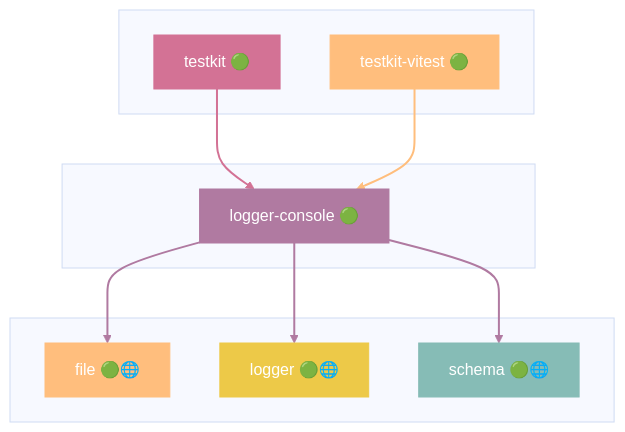
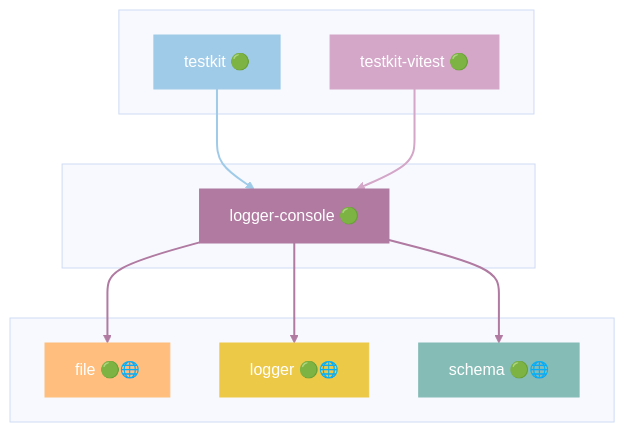
Diagram 26 of 41 in docs/DEPENDENCIES.md (grest-ts/grest-ts), drawn with Mermaid (base theme) before and after one commit. The commit also changed other lines of this file and 31 other files, not shown here.

````diff
--- a/docs/DEPENDENCIES.md
+++ b/docs/DEPENDENCIES.md
@@ -1305,31 +1307,31 @@
 ```mermaid
 flowchart TB
     subgraph Dependents[" "]
         testkit["testkit 🟢"]
         testkit-vitest["testkit-vitest 🟢"]
     end
     subgraph Package[" "]
         logger-console["logger-console 🟢"]
     end
     subgraph Dependencies[" "]
         file["file 🟢🌐"]
         logger["logger 🟢🌐"]
         schema["schema 🟢🌐"]
     end
     testkit --> logger-console
     testkit-vitest --> logger-console
     logger-console --> file
     logger-console --> logger
     logger-console --> schema
     style logger-console fill:#B07AA1,stroke:#B07AA1,color:#fff
-    style testkit fill:#D37295,stroke:#D37295,color:#fff
-    style testkit-vitest fill:#FFBE7D,stroke:#FFBE7D,color:#fff
+    style testkit fill:#A0CBE8,stroke:#A0CBE8,color:#fff
+    style testkit-vitest fill:#D4A6C8,stroke:#D4A6C8,color:#fff
     style file fill:#FFBE7D,stroke:#FFBE7D,color:#fff
     style logger fill:#EDC948,stroke:#EDC948,color:#fff
     style schema fill:#86BCB6,stroke:#86BCB6,color:#fff
-    linkStyle 0 stroke:#D37295,stroke-width:2px
-    linkStyle 1 stroke:#FFBE7D,stroke-width:2px
+    linkStyle 0 stroke:#A0CBE8,stroke-width:2px
+    linkStyle 1 stroke:#D4A6C8,stroke-width:2px
     linkStyle 2 stroke:#B07AA1,stroke-width:2px
     linkStyle 3 stroke:#B07AA1,stroke-width:2px
     linkStyle 4 stroke:#B07AA1,stroke-width:2px
 ```
````
